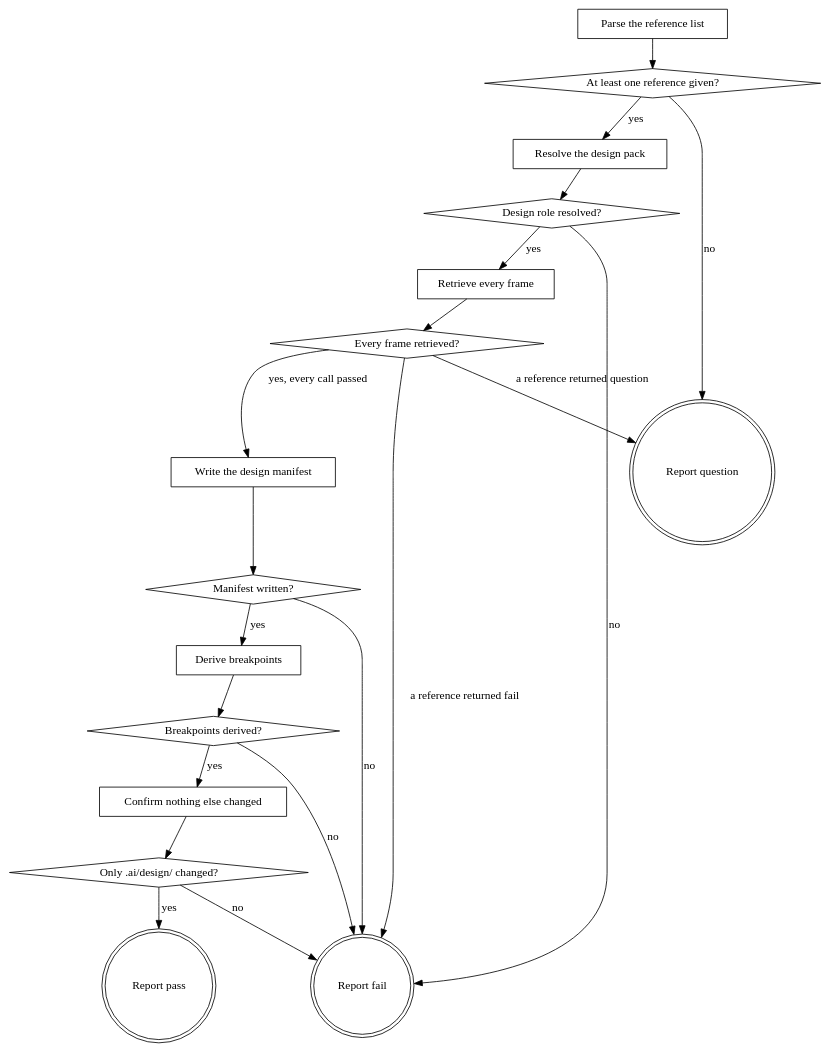
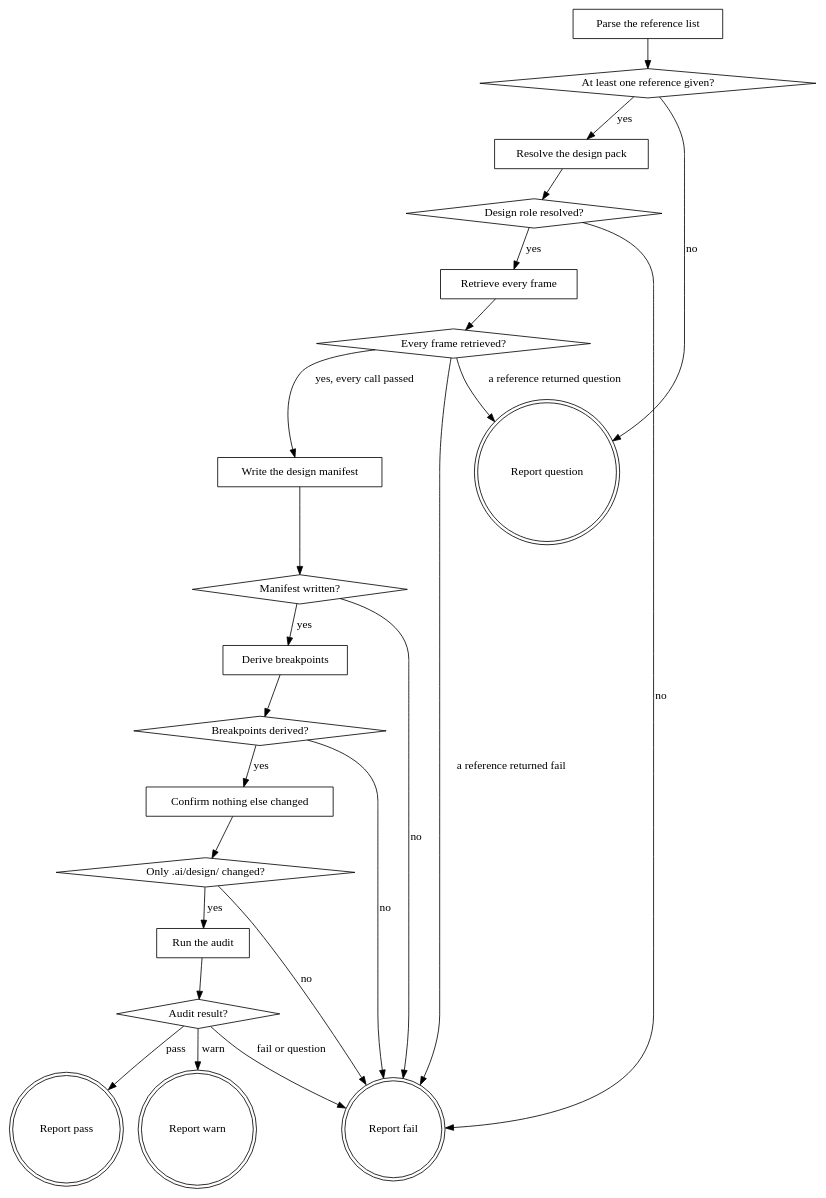
The diagram in plugins/eds/skills/eds-adopt-design-system/SKILL.md (agenticDraft/aem-eds-ai-workflow-demo), drawn with Graphviz before and after one commit. The commit also changed other lines of this file and 25 other files, not shown here.

````diff
--- a/plugins/eds/skills/eds-adopt-design-system/SKILL.md
+++ b/plugins/eds/skills/eds-adopt-design-system/SKILL.md
@@ -40,39 +40,46 @@
 ```dot
 digraph eds_adopt_design_system {
     "Parse the reference list" [shape=box];
     "At least one reference given?" [shape=diamond];
     "Resolve the design pack" [shape=box];
     "Design role resolved?" [shape=diamond];
     "Retrieve every frame" [shape=box];
     "Every frame retrieved?" [shape=diamond];
     "Write the design manifest" [shape=box];
     "Manifest written?" [shape=diamond];
     "Derive breakpoints" [shape=box];
     "Breakpoints derived?" [shape=diamond];
     "Confirm nothing else changed" [shape=box];
     "Only .ai/design/ changed?" [shape=diamond];
+    "Run the audit" [shape=box];
+    "Audit result?" [shape=diamond];
     "Report pass" [shape=doublecircle];
+    "Report warn" [shape=doublecircle];
     "Report fail" [shape=doublecircle];
     "Report question" [shape=doublecircle];
 
     "Parse the reference list" -> "At least one reference given?";
     "At least one reference given?" -> "Resolve the design pack" [label="yes"];
     "At least one reference given?" -> "Report question" [label="no"];
     "Resolve the design pack" -> "Design role resolved?";
     "Design role resolved?" -> "Retrieve every frame" [label="yes"];
     "Design role resolved?" -> "Report fail" [label="no"];
     "Retrieve every frame" -> "Every frame retrieved?";
     "Every frame retrieved?" -> "Write the design manifest" [label="yes, every call passed"];
     "Every frame retrieved?" -> "Report question" [label="a reference returned question"];
     "Every frame retrieved?" -> "Report fail" [label="a reference returned fail"];
     "Write the design manifest" -> "Manifest written?";
     "Manifest written?" -> "Derive breakpoints" [label="yes"];
     "Manifest written?" -> "Report fail" [label="no"];
     "Derive breakpoints" -> "Breakpoints derived?";
     "Breakpoints derived?" -> "Confirm nothing else changed" [label="yes"];
     "Breakpoints derived?" -> "Report fail" [label="no"];
     "Confirm nothing else changed" -> "Only .ai/design/ changed?";
-    "Only .ai/design/ changed?" -> "Report pass" [label="yes"];
+    "Only .ai/design/ changed?" -> "Run the audit" [label="yes"];
     "Only .ai/design/ changed?" -> "Report fail" [label="no"];
+    "Run the audit" -> "Audit result?";
+    "Audit result?" -> "Report pass" [label="pass"];
+    "Audit result?" -> "Report warn" [label="warn"];
+    "Audit result?" -> "Report fail" [label="fail or question"];
 }
 ```
````
